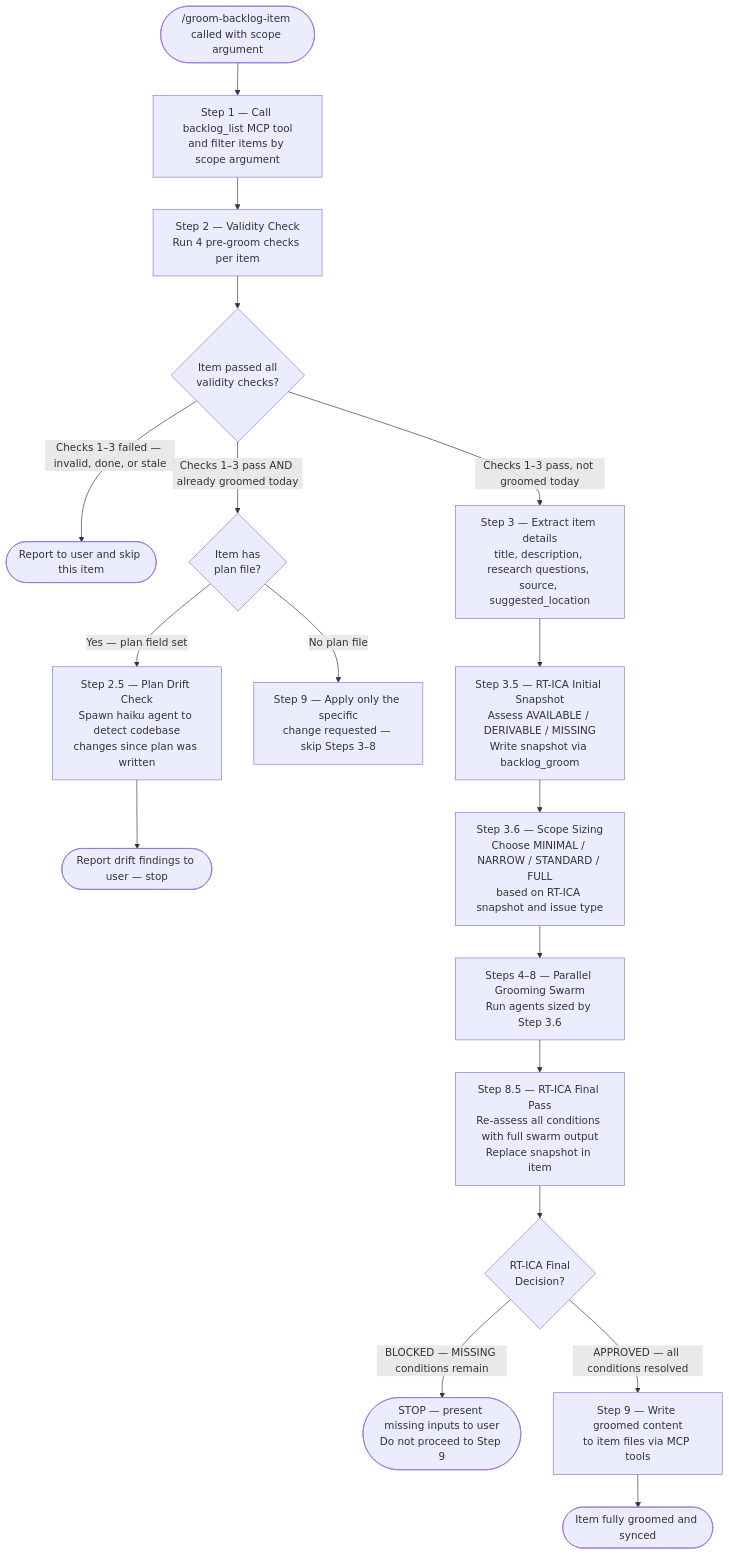
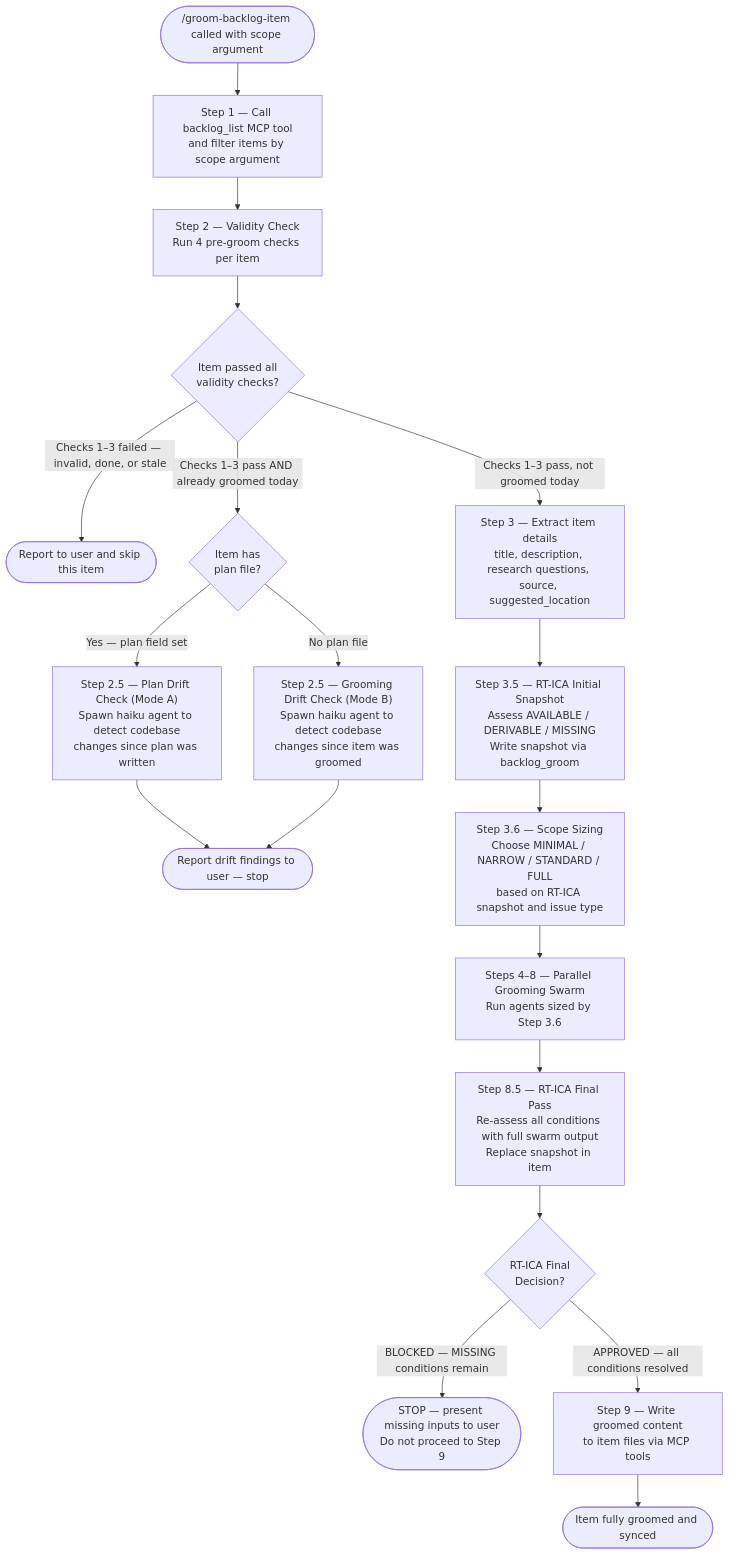
One commit to chgreer1070/claude_skills changed the first of 5 diagrams in .claude/skills/groom-backlog-item/SKILL.md. Above: the diagram before and after it, drawn with Mermaid. The commit also changed other lines of this file, not shown here.

First line of the commit message:
feat(groom-backlog-item): extend drift check to groomed items without plans

````diff
--- a/.claude/skills/groom-backlog-item/SKILL.md
+++ b/.claude/skills/groom-backlog-item/SKILL.md
@@ -33,20 +33,21 @@
 ```mermaid
 flowchart TD
     Start(["/groom-backlog-item called with scope argument"]) --> S1["Step 1 — Call backlog_list MCP tool<br>and filter items by scope argument"]
     S1 --> S2["Step 2 — Validity Check<br>Run 4 pre-groom checks per item"]
     S2 --> S2Out{"Item passed all<br>validity checks?"}
     S2Out -->|"Checks 1–3 failed — invalid, done, or stale"| SkipReport(["Report to user and skip this item"])
     S2Out -->|"Checks 1–3 pass AND already groomed today"| PlanCheck{"Item has<br>plan file?"}
-    PlanCheck -->|"Yes — plan field set"| S25["Step 2.5 — Plan Drift Check<br>Spawn haiku agent to detect codebase<br>changes since plan was written"]
-    PlanCheck -->|"No plan file"| S9Direct["Step 9 — Apply only the specific<br>change requested — skip Steps 3–8"]
+    PlanCheck -->|"Yes — plan field set"| S25["Step 2.5 — Plan Drift Check (Mode A)<br>Spawn haiku agent to detect codebase<br>changes since plan was written"]
+    PlanCheck -->|"No plan file"| S25B["Step 2.5 — Grooming Drift Check (Mode B)<br>Spawn haiku agent to detect codebase<br>changes since item was groomed"]
     S25 --> DriftDone(["Report drift findings to user — stop"])
+    S25B --> DriftDone
     S2Out -->|"Checks 1–3 pass, not groomed today"| S3["Step 3 — Extract item details<br>title, description, research questions, source, suggested_location"]
     S3 --> S35["Step 3.5 — RT-ICA Initial Snapshot<br>Assess AVAILABLE / DERIVABLE / MISSING<br>Write snapshot via backlog_groom"]
     S35 --> S36["Step 3.6 — Scope Sizing<br>Choose MINIMAL / NARROW / STANDARD / FULL<br>based on RT-ICA snapshot and issue type"]
     S36 --> S48["Steps 4–8 — Parallel Grooming Swarm<br>Run agents sized by Step 3.6"]
     S48 --> S85["Step 8.5 — RT-ICA Final Pass<br>Re-assess all conditions with full swarm output<br>Replace snapshot in item"]
     S85 --> FinalDecision{"RT-ICA Final<br>Decision?"}
     FinalDecision -->|"BLOCKED — MISSING conditions remain"| BlockedStop(["STOP — present missing inputs to user<br>Do not proceed to Step 9"])
     FinalDecision -->|"APPROVED — all conditions resolved"| S9["Step 9 — Write groomed content<br>to item files via MCP tools"]
     S9 --> Done(["Item fully groomed and synced"])
 ```
````
